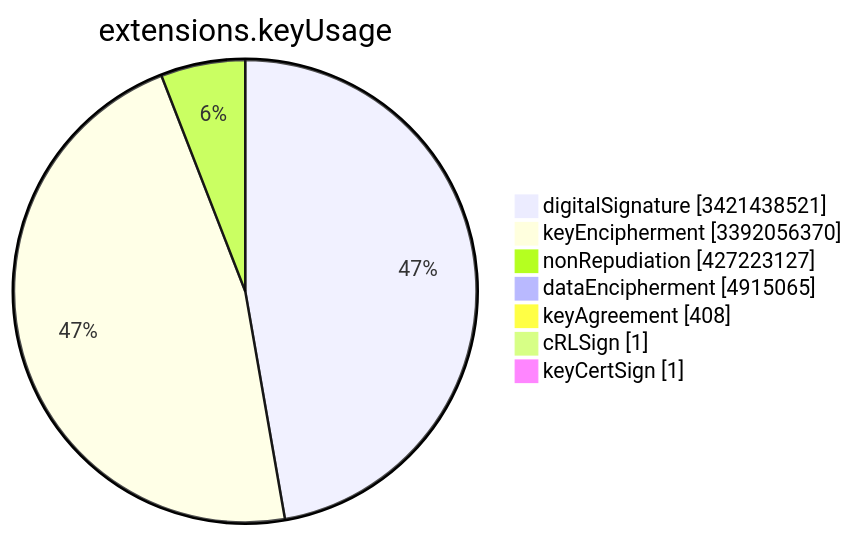
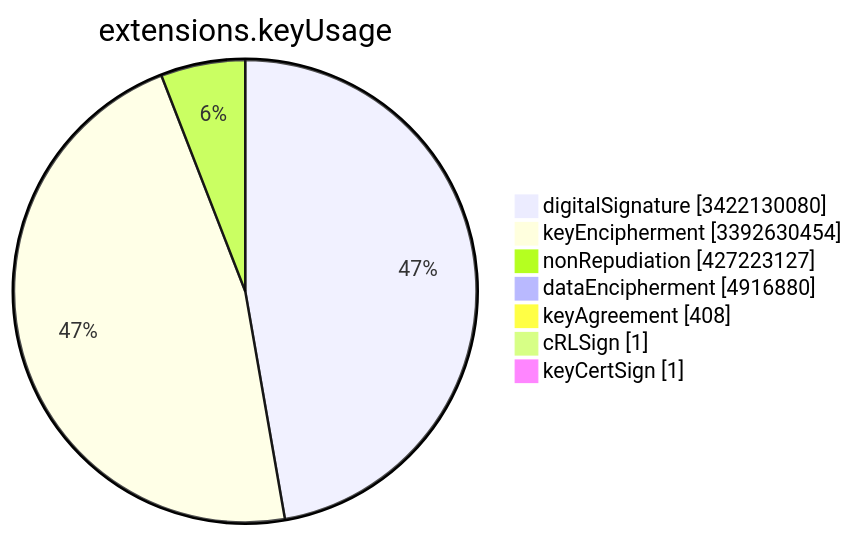
The sixth of 15 diagrams in TOTAL/README.md (christiankrug/ctmonitor_visualization), drawn with Mermaid before and after one commit. The commit also changed other lines of this file, not shown here.

````diff
--- a/TOTAL/README.md
+++ b/TOTAL/README.md
@@ -3081,11 +3081,11 @@
 ```mermaid
 pie showData
 title extensions.keyUsage
-"digitalSignature" :3421438521
-"keyEncipherment" :3392056370
+"digitalSignature" :3422130080
+"keyEncipherment" :3392630454
 "nonRepudiation" :427223127
-"dataEncipherment" :4915065
+"dataEncipherment" :4916880
 "keyAgreement" :408
 "cRLSign" :1
 "keyCertSign" :1
 ```
````
